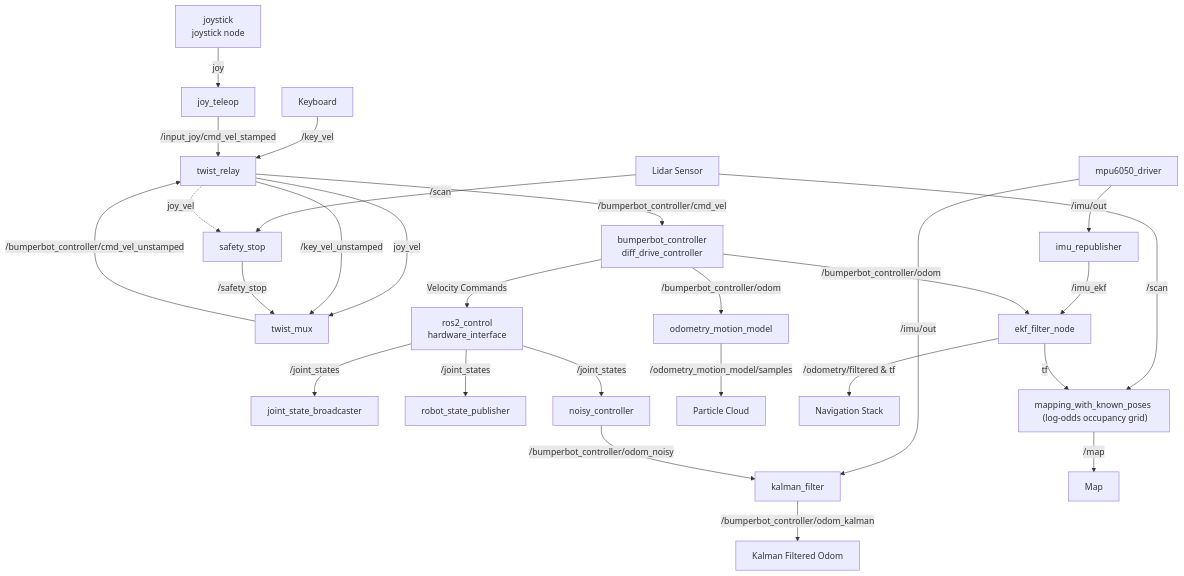
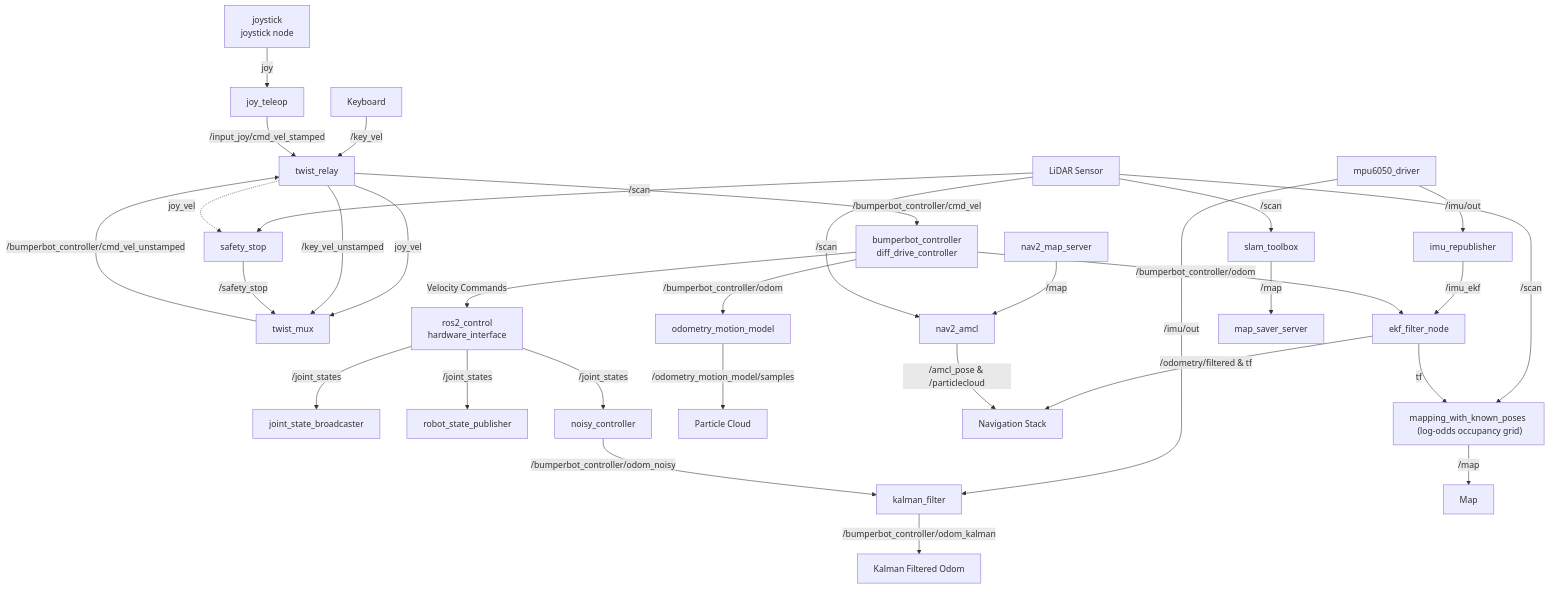
Before and after one commit to sathyalhr143/bumperbot_ws: the diagram in bumperbot_architecture.md, drawn with Mermaid. The commit also changed other lines of this file and 3 other files, not shown here.

First line of the commit message:
Update README and architecture docs for professional GitHub portfolio

````diff
--- a/bumperbot_architecture.md
+++ b/bumperbot_architecture.md
@@ -9,42 +11,51 @@
 ```mermaid
 graph TD
     %% Input Devices
     Joy[joystick <br/> joystick node] -->|joy| JoyTeleop[joy_teleop]
     Keyboard[Keyboard] -->|/key_vel| TwistRelay[twist_relay]
 
     %% Teleoperation Flow
     JoyTeleop -->|/input_joy/cmd_vel_stamped| TwistRelay
     TwistRelay -->|joy_vel| TwistMux[twist_mux]
     TwistRelay -->|/key_vel_unstamped| TwistMux
     
     %% Safety & Multiplexing
-    Lidar[Lidar Sensor] -->|/scan| SafetyStop[safety_stop]
+    Lidar[LiDAR Sensor] -->|/scan| SafetyStop[safety_stop]
     TwistRelay -.->|joy_vel| SafetyStop
     SafetyStop -->|/safety_stop| TwistMux
     
     %% Control Flow
     TwistMux -->|/bumperbot_controller/cmd_vel_unstamped| TwistRelay
     TwistRelay -->|/bumperbot_controller/cmd_vel| BumperbotCtrl[bumperbot_controller <br/> diff_drive_controller]
     
     %% Hardware Interface
     BumperbotCtrl -->|Velocity Commands| Hardware[ros2_control <br/> hardware_interface]
     Hardware -->|/joint_states| JointStateBroadcaster[joint_state_broadcaster]
     Hardware -->|/joint_states| RSP[robot_state_publisher]
     Hardware -->|/joint_states| NoisyCtrl[noisy_controller]
     
     %% Sensors & Localization
     MPU[mpu6050_driver] -->|/imu/out| IMURepub[imu_republisher]
     MPU -->|/imu/out| KF[kalman_filter]
     IMURepub -->|/imu_ekf| EKF[ekf_filter_node]
     BumperbotCtrl -->|/bumperbot_controller/odom| EKF
     BumperbotCtrl -->|/bumperbot_controller/odom| OdoMM[odometry_motion_model]
     NoisyCtrl -->|/bumperbot_controller/odom_noisy| KF
     KF -->|/bumperbot_controller/odom_kalman| KFOut[Kalman Filtered Odom]
     OdoMM -->|/odometry_motion_model/samples| Particles[Particle Cloud]
     EKF -->|/odometry/filtered & tf| Nav[Navigation Stack]
     
+    %% AMCL (Global Localization)
+    Nav2MapServer[nav2_map_server] -->|/map| AMCL[nav2_amcl]
+    Lidar -->|/scan| AMCL
+    AMCL -->|/amcl_pose & /particlecloud| Nav
+
     %% Mapping
     Lidar -->|/scan| Mapper["mapping_with_known_poses <br/> (log-odds occupancy grid)"]
     EKF -->|tf| Mapper
     Mapper -->|/map| MapOutput[Map]
+
+    %% SLAM
+    Lidar -->|/scan| SLAMToolbox[slam_toolbox]
+    SLAMToolbox -->|/map| MapSaver[map_saver_server]
 ```
````
